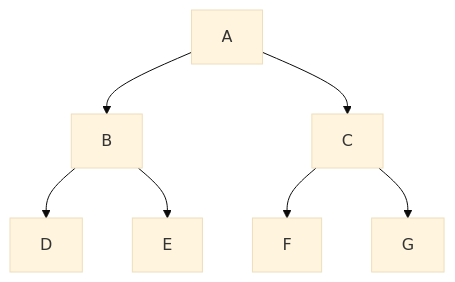
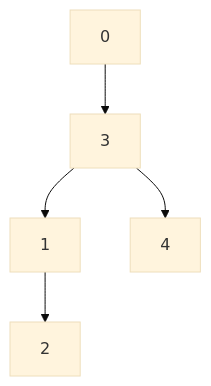
Before and after one commit to TheEvergreenStateCollege/upper-division-cs-23-24: the diagram in dsa-23au/java-dsa/heaps-trees/README.md, drawn with Mermaid (base theme). The commit also changed other lines of this file and 4 other files, not shown here.

````diff
--- a/dsa-23au/java-dsa/heaps-trees/README.md
+++ b/dsa-23au/java-dsa/heaps-trees/README.md
@@ -6,9 +6,7 @@
  ```mermaid
  graph
-    A-->B
-    A-->C 
-    B-->D
-    B-->E
-    C-->F
-    C-->G
+   0 --> 3
+   3 --> 1
+   1 --> 2
+   3 --> 4
  ```
````
